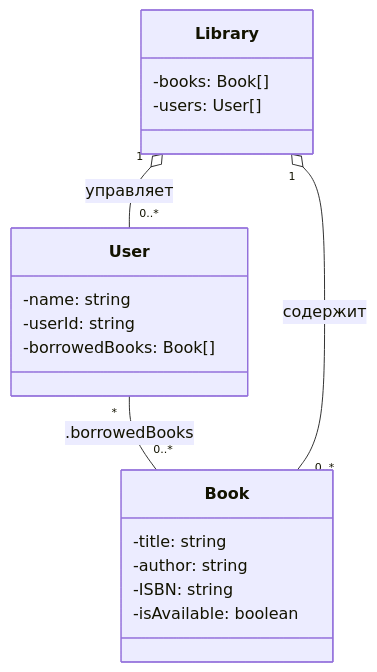
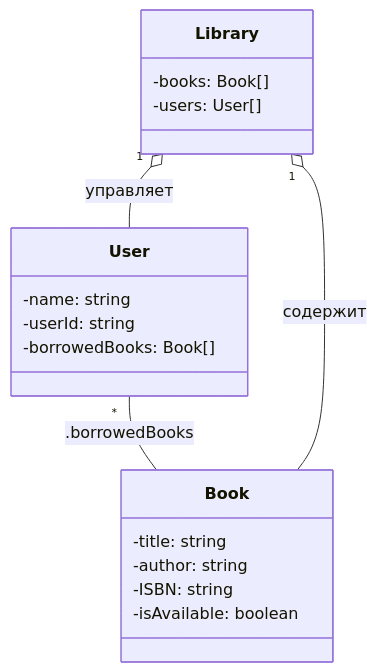
Before and after one commit to Regent1911/Mermaid_for_rurewa: the third of 3 diagrams in README.md, drawn with Mermaid. The commit also changed other lines of this file, not shown here.

Commit message:
modified README.md, add task 2.1

````diff
--- a/README.md
+++ b/README.md
@@ -34,24 +34,24 @@
 ```mermaid
 classDiagram
     class Book {
         -title: string
         -author: string
         -ISBN: string
         -isAvailable: boolean
     }
 
     class User {
         -name: string
         -userId: string
         -borrowedBooks: Book[]
     }
 
     class Library {
         -books: Book[]
         -users: User[]
     }
 
-    User "*" -- "0..*" Book :.borrowedBooks
-    Library "1" o-- "0..*" Book : содержит
-    Library "1" o-- "0..*" User : управляет
+    User "*" --  Book :.borrowedBooks
+    Library "1" o--  Book : содержит
+    Library "1" o--  User : управляет
 ```
````
